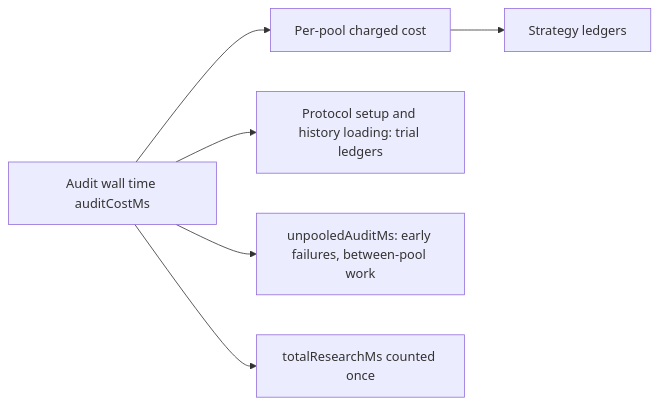
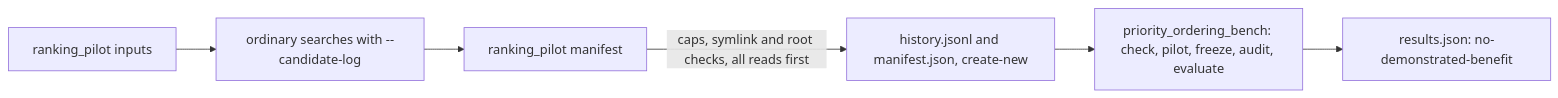
The diagram in docs/archive/pr-summaries/pr-summary-261.md (stSoftwareAU/NEAT-AI-Ockham), drawn with Mermaid before and after one commit. The commit also changed other lines of this file, not shown here.

First line of the commit message:
Write PR summary for the synthetic ranking pilot (#261)

````diff
--- a/docs/archive/pr-summaries/pr-summary-261.md
+++ b/docs/archive/pr-summaries/pr-summary-261.md
@@ -51,8 +82,8 @@
 ```mermaid
 flowchart LR
-    A[Audit wall time auditCostMs] --> P[Per-pool charged cost]
-    A --> L[Protocol setup and history loading: trial ledgers]
-    A --> U[unpooledAuditMs: early failures, between-pool work]
-    P --> S[Strategy ledgers]
-    A --> T[totalResearchMs counted once]
+    I[ranking_pilot inputs] --> S[ordinary searches with --candidate-log]
+    S --> M[ranking_pilot manifest]
+    M -->|caps, symlink and root checks, all reads first| W[history.jsonl and manifest.json, create-new]
+    W --> B[priority_ordering_bench: check, pilot, freeze, audit, evaluate]
+    B --> R[results.json: no-demonstrated-benefit]
 ```
````
